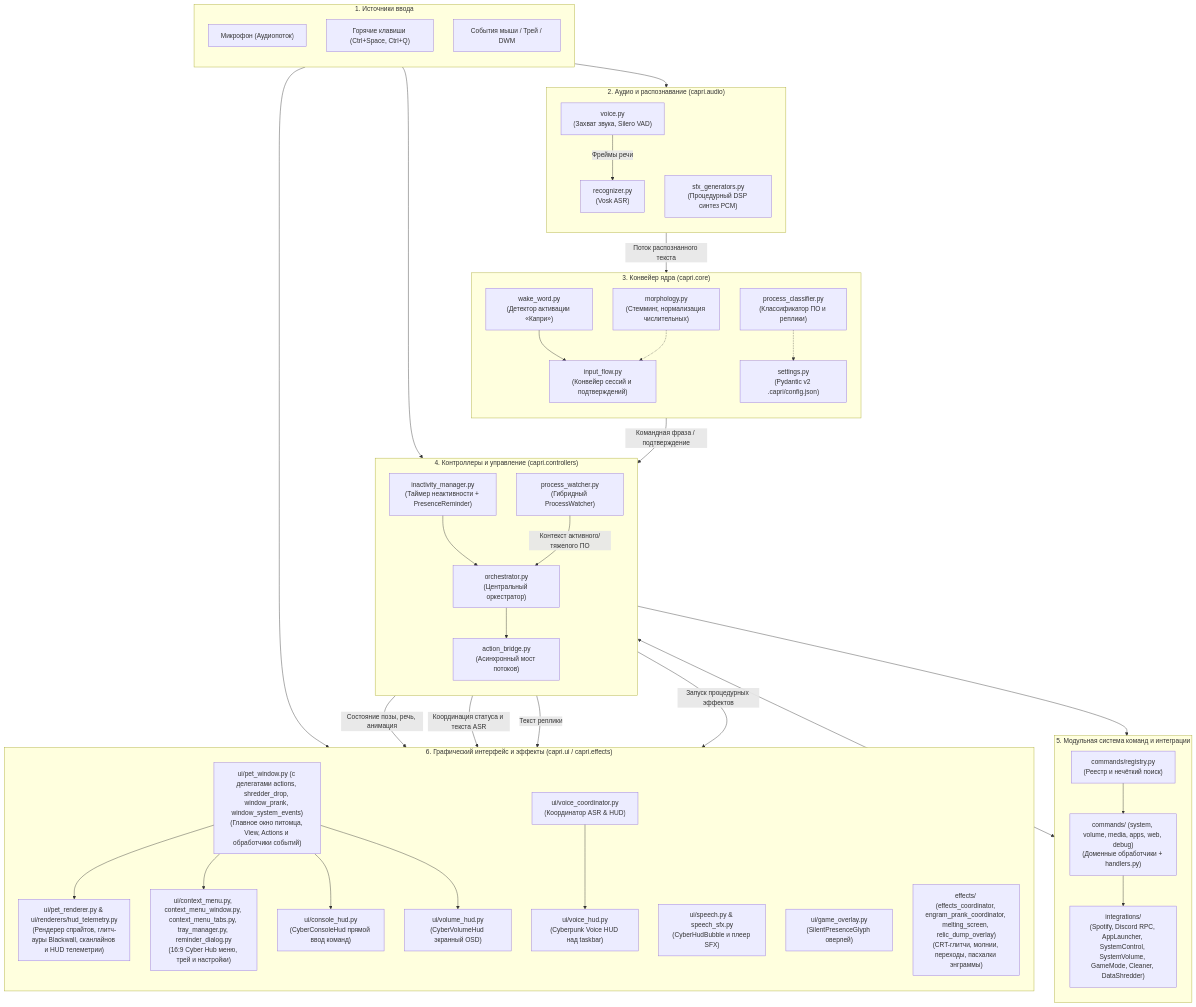
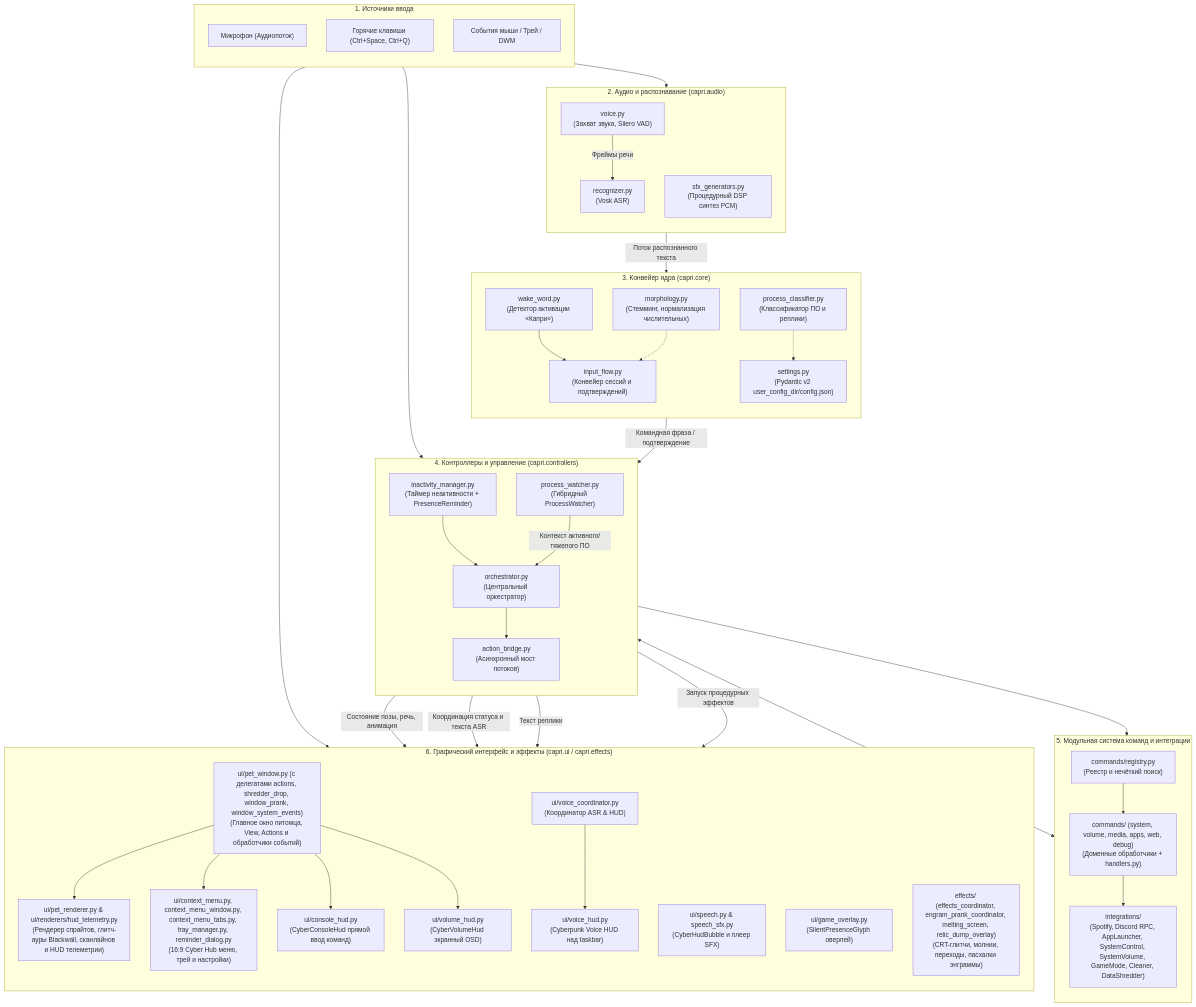
The first of 6 diagrams in docs/architecture.md (xTerionsilker/CapriPet-Python), drawn with Mermaid before and after one commit. The commit also changed 7 other files, not shown here.

```diff
--- a/docs/architecture.md
+++ b/docs/architecture.md
@@ -32,7 +32,7 @@
         InputFlow["input_flow.py<br/>(Конвейер сессий и подтверждений)"]
         Morphology["morphology.py<br/>(Стемминг, нормализация числительных)"]
         Classifier["process_classifier.py<br/>(Классификатор ПО и реплики)"]
-        Settings["settings.py<br/>(Pydantic v2 .capri/config.json)"]
+        Settings["settings.py<br/>(Pydantic v2 user_config_dir/config.json)"]
 
         WakeWord --> InputFlow
         Morphology -.-> InputFlow
```
